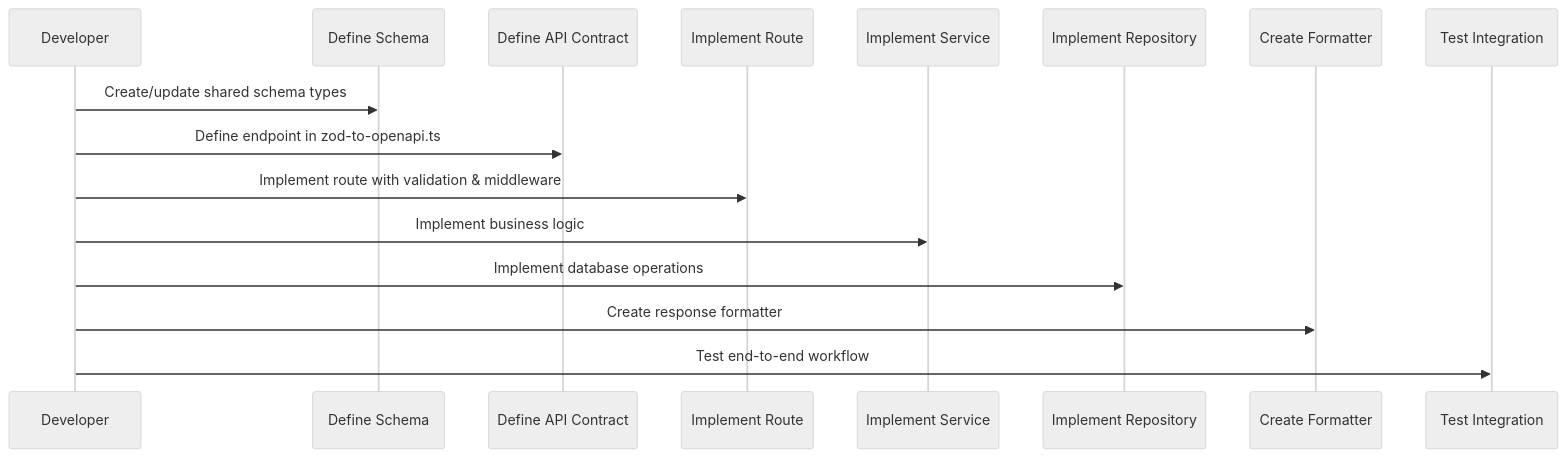
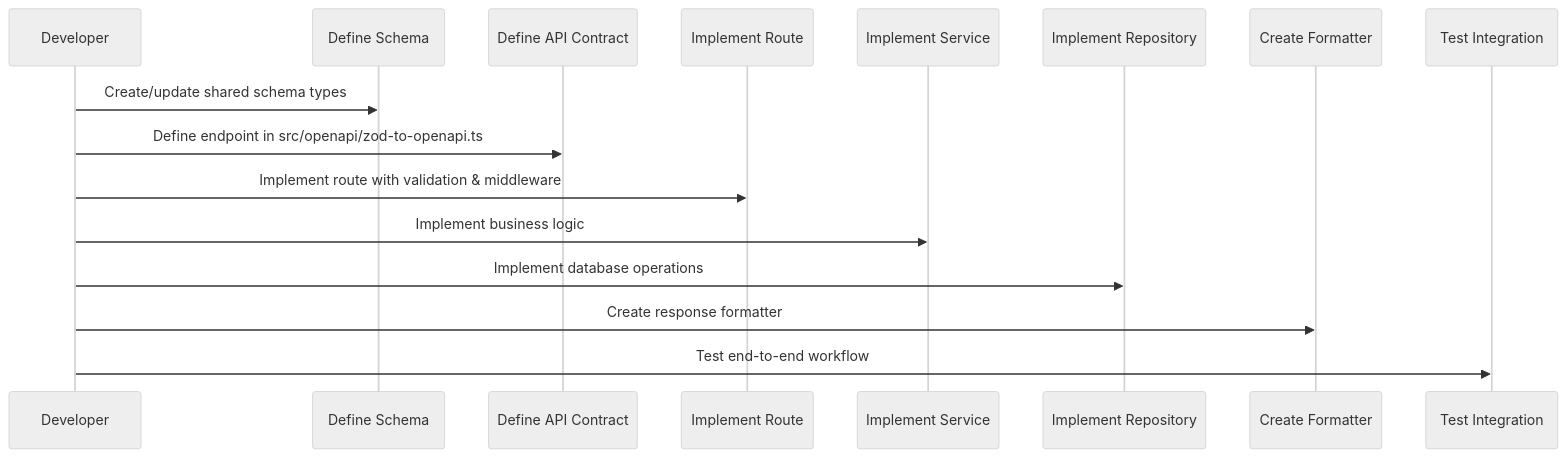
The sixth of 6 diagrams in draco-nodejs/backend/BACKEND_ARCHITECTURE.md (rwalker123/draco), drawn with Mermaid (neutral theme) before and after one commit. The commit also changed other lines of this file and 16 other files, not shown here.

Commit message:
break up zod-to-openapi file to smaller files

````diff
--- a/draco-nodejs/backend/BACKEND_ARCHITECTURE.md
+++ b/draco-nodejs/backend/BACKEND_ARCHITECTURE.md
@@ -393,19 +393,19 @@
 ```mermaid
 sequenceDiagram
     participant Dev as Developer
     participant Schema as Define Schema
     participant API as Define API Contract
     participant Route as Implement Route
     participant Service as Implement Service
     participant Repo as Implement Repository
     participant Format as Create Formatter
     participant Test as Test Integration
 
     Dev->>Schema: Create/update shared schema types
-    Dev->>API: Define endpoint in zod-to-openapi.ts
+    Dev->>API: Define endpoint in src/openapi/zod-to-openapi.ts
     Dev->>Route: Implement route with validation & middleware
     Dev->>Service: Implement business logic
     Dev->>Repo: Implement database operations
     Dev->>Format: Create response formatter
     Dev->>Test: Test end-to-end workflow
 ```
````
